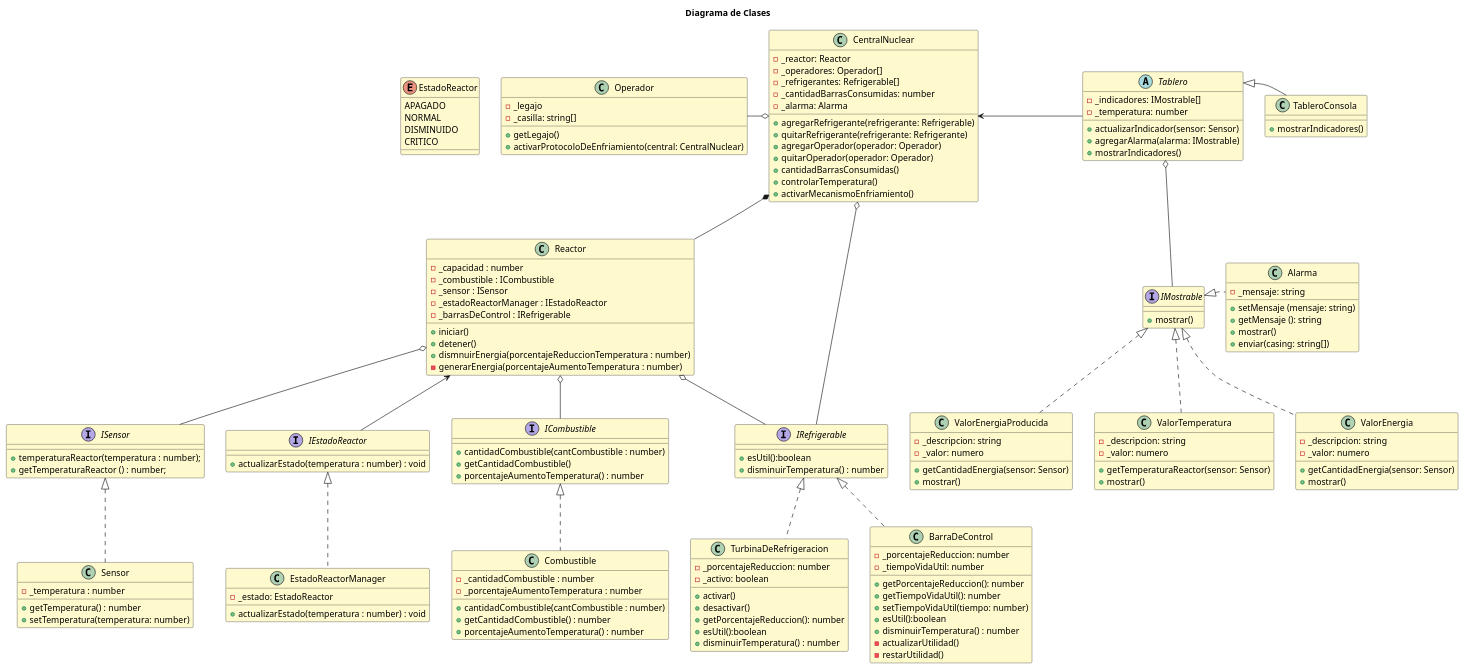
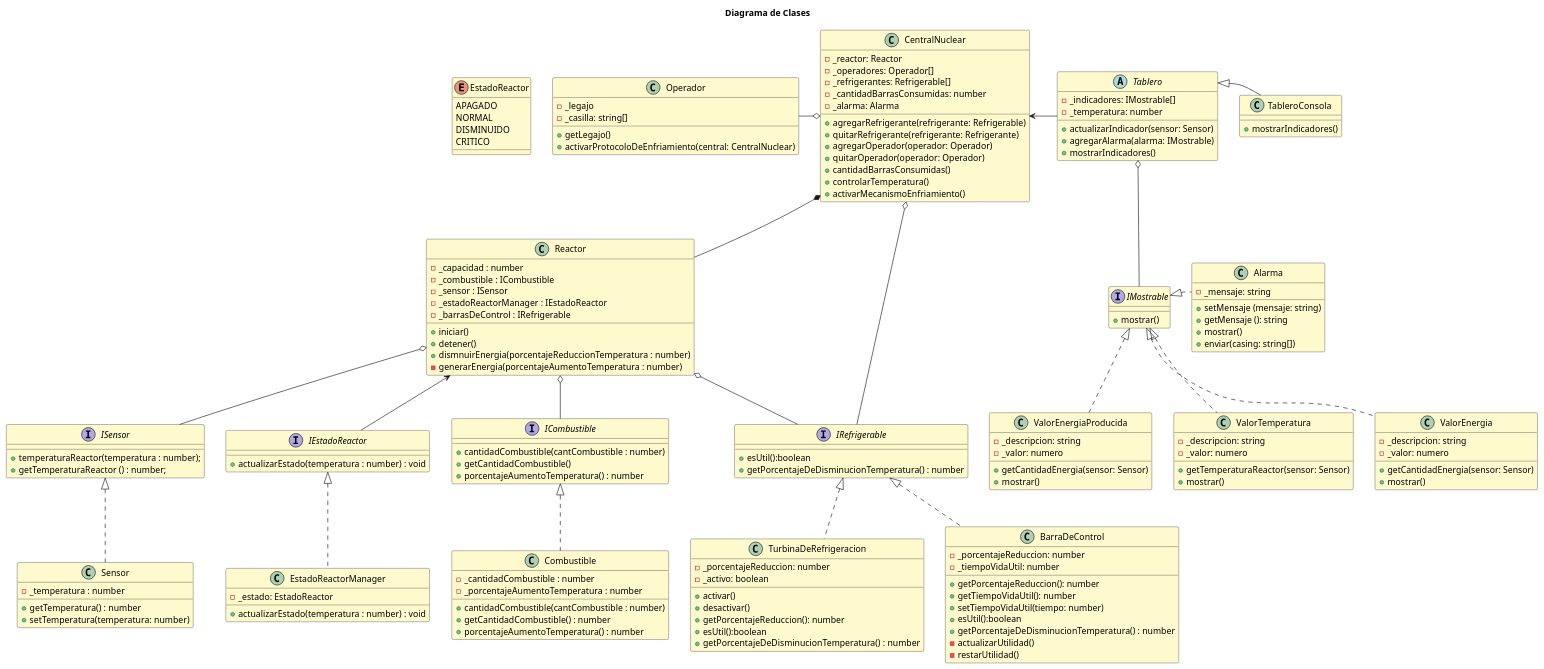
One commit to fedef1982/Trabajo-Practico-Laboratorio3-2024-Reactor-Nuclear changed the diagram in diagramas/DiagramaDeClases.puml. Above: the diagram before and after it, drawn with PlantUML.

Commit message:
Modifico nombre de metodo de IRefrigerable y sus clases hijas

```diff
--- a/diagramas/DiagramaDeClases.puml
+++ b/diagramas/DiagramaDeClases.puml
@@ -1,174 +1,174 @@
 @startuml Diagrama de Clases
 title "Diagrama de Clases"
 skinparam ClassBackgroundColor LemonChiffon
 
 'RELACIONES--------------------
 CentralNuclear *-- Reactor
 CentralNuclear o-l- Operador
 CentralNuclear <-r- Tablero
 CentralNuclear o-- IRefrigerable
 Reactor <-- IEstadoReactor
 Reactor -r[HIDDEN]- TurbinaDeRefrigeracion
 Reactor -u[HIDDEN]- EstadoReactor
 Reactor o-- IRefrigerable
 Reactor o-- ICombustible
 Reactor o-- ISensor
 Tablero o-- IMostrable
 Tablero -r[HIDDEN]- TableroConsola
 IMostrable -r[HIDDEN]- Alarma
 '-------------------------------
 
 
 class CentralNuclear {
     - _reactor: Reactor
     - _operadores: Operador[]
     - _refrigerantes: Refrigerable[]
     - _cantidadBarrasConsumidas: number
     - _alarma: Alarma
 
     +agregarRefrigerante(refrigerante: Refrigerable)
     +quitarRefrigerante(refrigerante: Refrigerante)
     +agregarOperador(operador: Operador)
     +quitarOperador(operador: Operador)
     +cantidadBarrasConsumidas()
     +controlarTemperatura()
     +activarMecanismoEnfriamiento()
 }
 
 class Reactor {
     - _capacidad : number
     - _combustible : ICombustible
     - _sensor : ISensor
     - _estadoReactorManager : IEstadoReactor
     - _barrasDeControl : IRefrigerable
 
     + iniciar()
     + detener()
     + dismnuirEnergia(porcentajeReduccionTemperatura : number)
     - generarEnergia(porcentajeAumentoTemperatura : number)
 }
 interface ICombustible {
     + cantidadCombustible(cantCombustible : number)
     + getCantidadCombustible()
     + porcentajeAumentoTemperatura() : number
 }
 
 class Combustible implements ICombustible {
     - _cantidadCombustible : number
     - _porcentajeAumentoTemperatura : number
 
     + cantidadCombustible(cantCombustible : number)
     +  getCantidadCombustible() : number
     + porcentajeAumentoTemperatura() : number 
 
 }
 interface IEstadoReactor{
     + actualizarEstado(temperatura : number) : void
 }
 
 class EstadoReactorManager implements IEstadoReactor{
     - _estado: EstadoReactor
     + actualizarEstado(temperatura : number) : void
 }
 
 class Sensor implements ISensor {
     - _temperatura : number
     + getTemperatura() : number
     + setTemperatura(temperatura: number)
 }
 interface ISensor {
     + temperaturaReactor(temperatura : number);
     + getTemperaturaReactor () : number;
 }
 
 interface IRefrigerable{
     + esUtil():boolean
-    + disminuirTemperatura() : number
+    + getPorcentajeDeDisminucionTemperatura() : number
 }
 
 class BarraDeControl implements IRefrigerable {
     - _porcentajeReduccion: number
     - _tiempoVidaUtil: number
 
     + getPorcentajeReduccion(): number
     + getTiempoVidaUtil(): number
     + setTiempoVidaUtil(tiempo: number)
     + esUtil():boolean
-     + disminuirTemperatura() : number
+    + getPorcentajeDeDisminucionTemperatura() : number
     - actualizarUtilidad()
     - restarUtilidad()
 }
 
 
 class TurbinaDeRefrigeracion implements IRefrigerable{
     - _porcentajeReduccion: number
     - _activo: boolean
 
     + activar()
     + desactivar()
     + getPorcentajeReduccion(): number
     + esUtil():boolean
-    + disminuirTemperatura() : number
+    + getPorcentajeDeDisminucionTemperatura() : number
 }
 
 enum EstadoReactor{
     APAGADO
     NORMAL
     DISMINUIDO
     CRITICO
 }
 
 interface IMostrable{
     + mostrar()
 }
 
 class ValorTemperatura implements IMostrable{
     - _descripcion: string
     - _valor: numero
     + getTemperaturaReactor(sensor: Sensor)
     + mostrar()
 }
 
 class ValorEnergia implements IMostrable{
     - _descripcion: string
     - _valor: numero
     + getCantidadEnergia(sensor: Sensor)
     + mostrar()
 }
 
 class ValorEnergiaProducida implements IMostrable{
     - _descripcion: string
     - _valor: numero
     + getCantidadEnergia(sensor: Sensor)
     + mostrar()
 }
 
 
 class Alarma implements IMostrable{
     - _mensaje: string 
     + setMensaje (mensaje: string)
     + getMensaje (): string
     + mostrar()
     + enviar(casing: string[])
 }
 
 abstract class  Tablero {
     - _indicadores: IMostrable[]
     - _temperatura: number
     + actualizarIndicador(sensor: Sensor)
     + agregarAlarma(alarma: IMostrable)
     + mostrarIndicadores()
 }
 
 class TableroConsola extends Tablero {
     + mostrarIndicadores()
 }
 
 class Operador{
     - _legajo
     - _casilla: string[]
     + getLegajo()
     + activarProtocoloDeEnfriamiento(central: CentralNuclear)
 }
 
 @enduml
```
